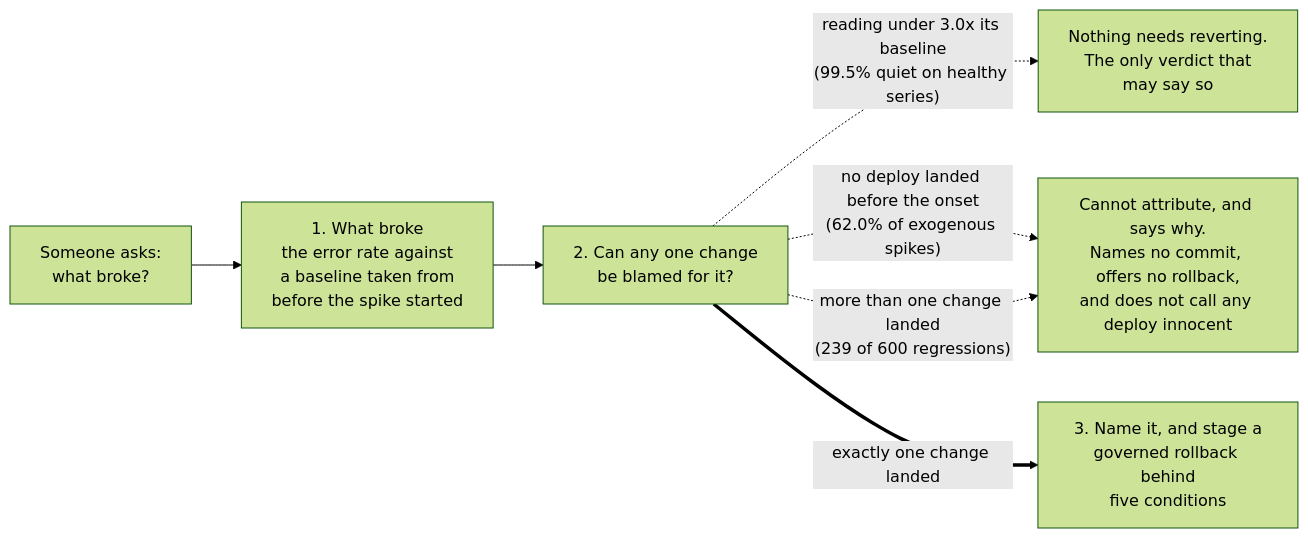
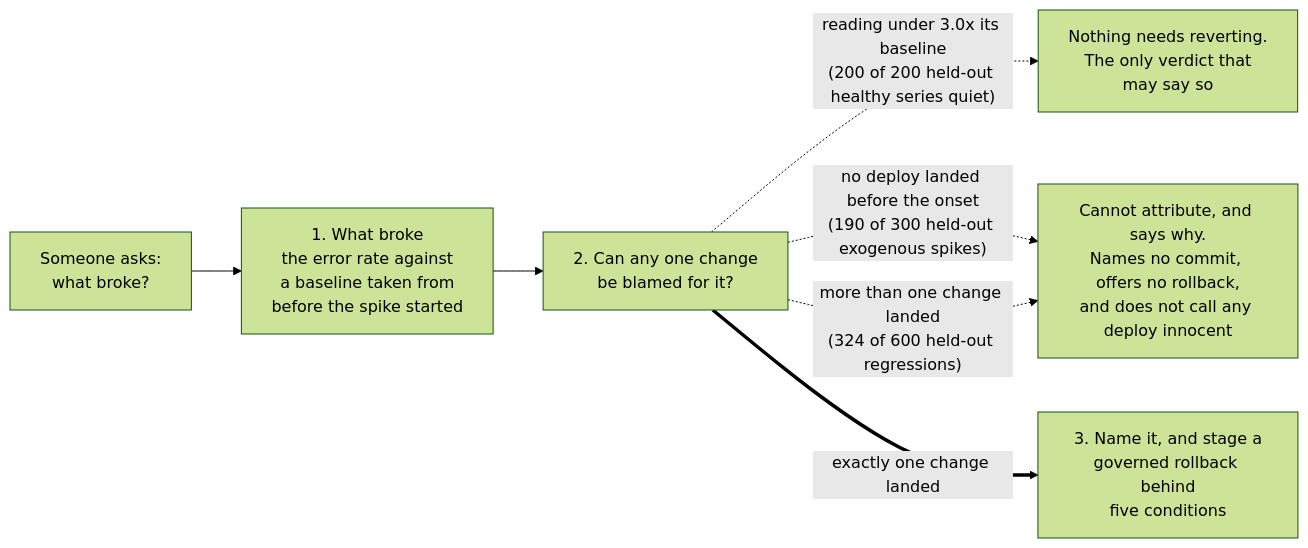
One commit to upgradedev/mercury_amazon changed the first of 2 diagrams in README.md. Above: the diagram before and after it, drawn with Mermaid (forest theme). The commit also changed other lines of this file and 23 other files, not shown here.

First line of the commit message:
Ship the 75 minute window and print the held-out precision on the board

````diff
--- a/README.md
+++ b/README.md
@@ -59,10 +60,10 @@
 ```mermaid
 flowchart LR
     Q["Someone asks:<br/>what broke?"]
     Q --> M["1. What broke<br/>the error rate against<br/>a baseline taken from<br/>before the spike started"]
     M --> C["2. Can any one change<br/>be blamed for it?"]
-    C -.->|"reading under 3.0x its baseline<br/>(99.5% quiet on healthy series)"| S["Nothing needs reverting.<br/>The only verdict that<br/>may say so"]
-    C -.->|"no deploy landed before the onset<br/>(62.0% of exogenous spikes)"| N["Cannot attribute, and says why.<br/>Names no commit, offers no rollback,<br/>and does not call any deploy innocent"]
-    C -.->|"more than one change landed<br/>(239 of 600 regressions)"| N
+    C -.->|"reading under 3.0x its baseline<br/>(200 of 200 held-out healthy series quiet)"| S["Nothing needs reverting.<br/>The only verdict that<br/>may say so"]
+    C -.->|"no deploy landed before the onset<br/>(190 of 300 held-out exogenous spikes)"| N["Cannot attribute, and says why.<br/>Names no commit, offers no rollback,<br/>and does not call any deploy innocent"]
+    C -.->|"more than one change landed<br/>(324 of 600 held-out regressions)"| N
     C ==>|"exactly one change landed"| R["3. Name it, and stage a<br/>governed rollback behind<br/>five conditions"]
 ```
````
